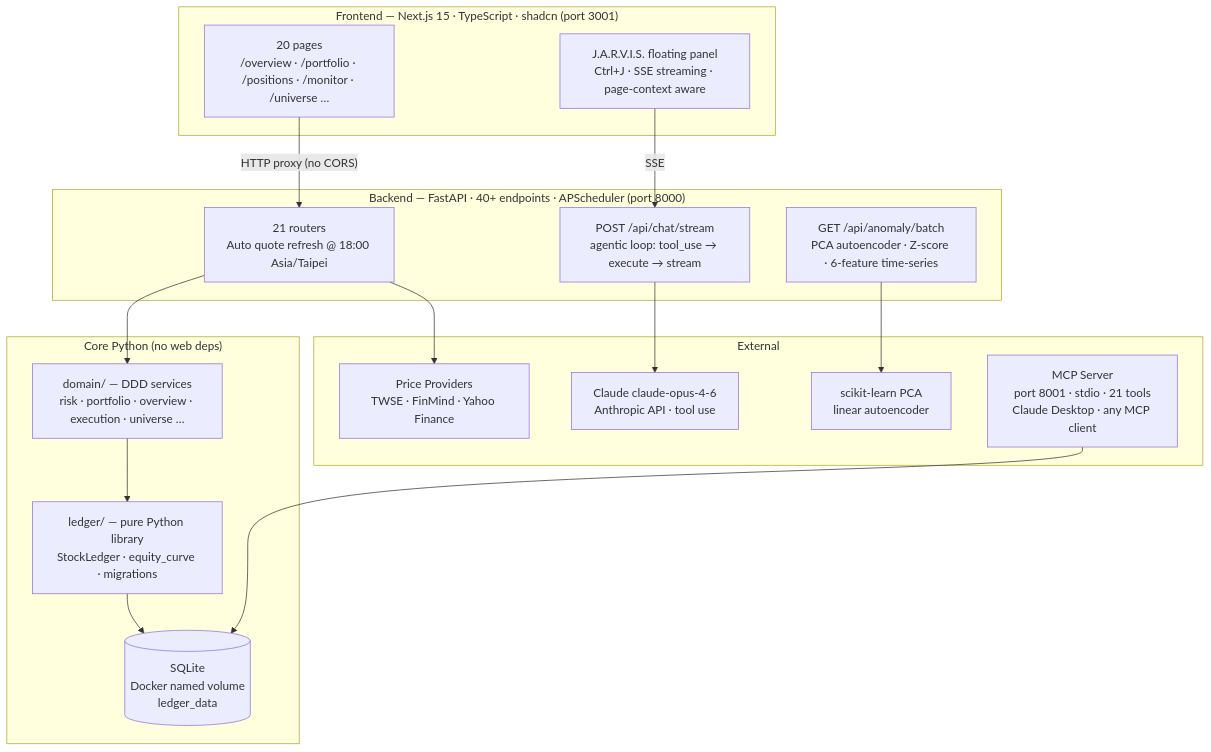
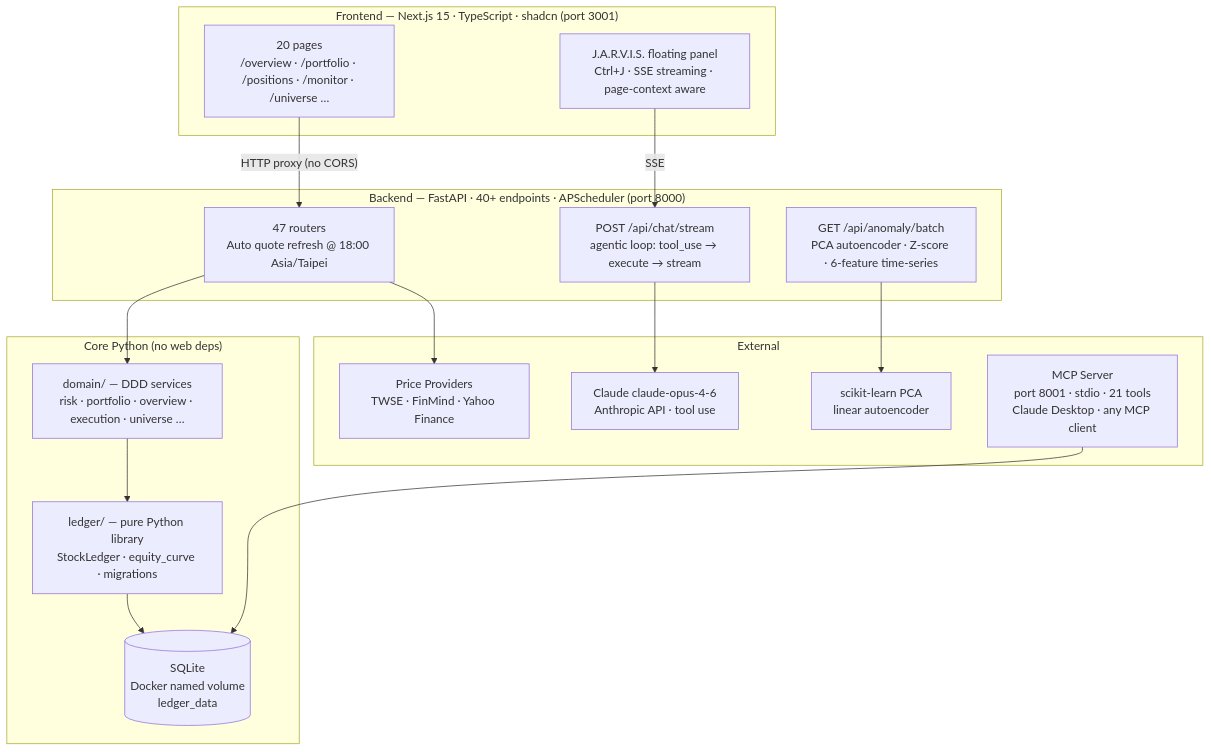
One commit to foxdog1011/stock_ledger changed the diagram in README.md. Above: the diagram before and after it, drawn with Mermaid. The commit also changed other lines of this file, not shown here.

````diff
--- a/README.md
+++ b/README.md
@@ -64,36 +59,36 @@
 ```mermaid
 graph TD
     subgraph FE["Frontend — Next.js 15 · TypeScript · shadcn (port 3001)"]
         WEB["20 pages\n/overview · /portfolio · /positions · /monitor · /universe …"]
         JARVIS["J.A.R.V.I.S. floating panel\nCtrl+J · SSE streaming · page-context aware"]
     end
 
     subgraph BE["Backend — FastAPI · 40+ endpoints · APScheduler (port 8000)"]
-        API["21 routers\nAuto quote refresh @ 18:00 Asia/Taipei"]
+        API["47 routers\nAuto quote refresh @ 18:00 Asia/Taipei"]
         CHAT["POST /api/chat/stream\nagentic loop: tool_use → execute → stream"]
         ANOMALY["GET /api/anomaly/batch\nPCA autoencoder · Z-score · 6-feature time-series"]
     end
 
     subgraph CORE["Core Python (no web deps)"]
         DOMAIN["domain/ — DDD services\nrisk · portfolio · overview · execution · universe …"]
         LEDGER["ledger/ — pure Python library\nStockLedger · equity_curve · migrations"]
         DB[("SQLite\nDocker named volume\nledger_data")]
     end
 
     subgraph EXT["External"]
         CLAUDE["Claude claude-opus-4-6\nAnthropic API · tool use"]
         PCA["scikit-learn PCA\nlinear autoencoder"]
         PROVIDERS["Price Providers\nTWSE · FinMind · Yahoo Finance"]
         MCP["MCP Server\nport 8001 · stdio · 21 tools\nClaude Desktop · any MCP client"]
     end
 
     WEB -- "HTTP proxy (no CORS)" --> API
     JARVIS -- "SSE" --> CHAT
     CHAT --> CLAUDE
     ANOMALY --> PCA
     API --> DOMAIN
     API --> PROVIDERS
     DOMAIN --> LEDGER
     LEDGER --> DB
     MCP --> DB
 ```
````
